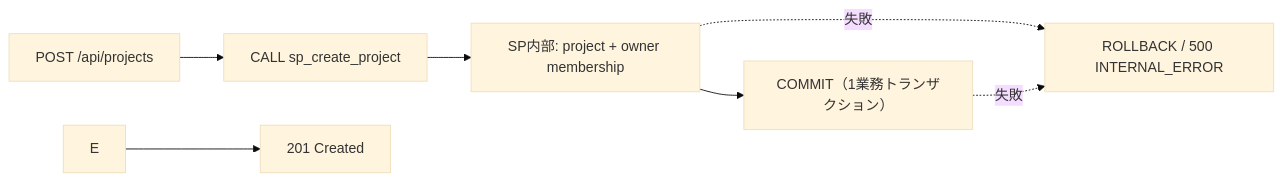
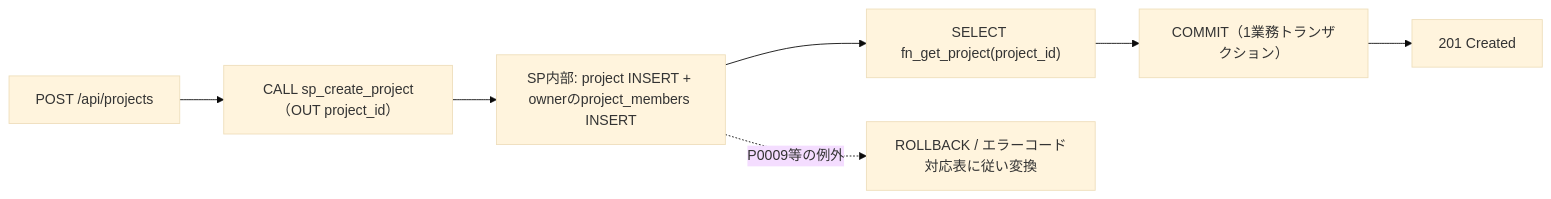
One commit to oikawa-d/task_management changed the fourth of 4 diagrams in detailed_design/api/projects/02_post_projects.md. Above: the diagram before and after it, drawn with Mermaid (base theme). The commit also changed other lines of this file and 5 other files, not shown here.

First line of the commit message:
docs: #12 phase4(projects API)不整合の修正

````diff
--- a/detailed_design/api/projects/02_post_projects.md
+++ b/detailed_design/api/projects/02_post_projects.md
@@ -201,9 +213,9 @@
 ```mermaid
 flowchart LR
-    A["POST /api/projects"] --> B["CALL sp_create_project"]
-    B --> C["SP内部: project + owner membership"]
-    C --> D["COMMIT（1業務トランザクション）"]
+    A["POST /api/projects"] --> B["CALL sp_create_project（OUT project_id）"]
+    B --> C["SP内部: project INSERT + ownerのproject_members INSERT"]
+    C --> D["SELECT fn_get_project(project_id)"]
+    D --> E["COMMIT（1業務トランザクション）"]
     E --> F["201 Created"]
-    C -.->|"失敗"| G["ROLLBACK / 500 INTERNAL_ERROR"]
-    D -.->|"失敗"| G
+    C -.->|"P0009等の例外"| G["ROLLBACK / エラーコード対応表に従い変換"]
 ```
````
